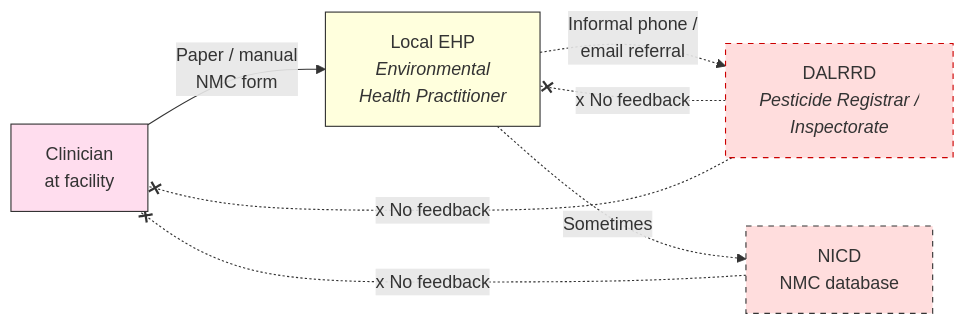
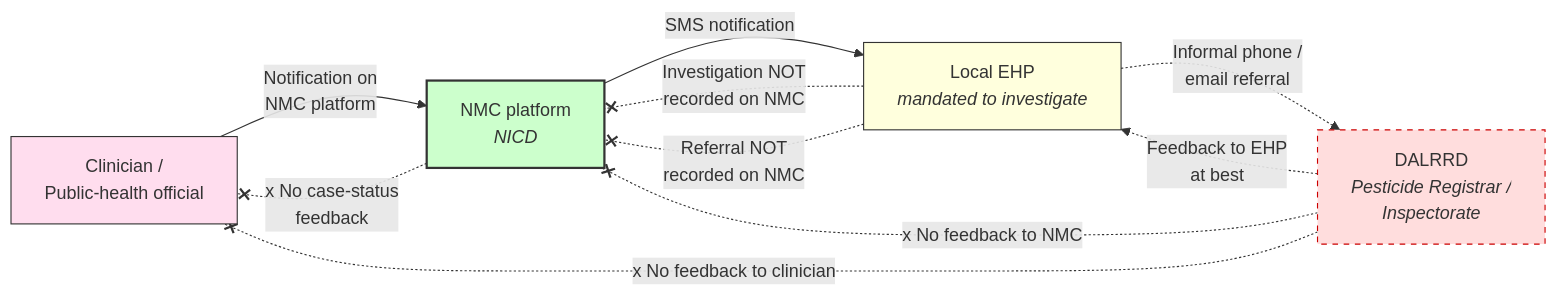
One commit to bridaybrummer/D2P_project changed the first of 4 diagrams in posts/policy_brief.qmd. Above: the diagram before and after it, drawn with Mermaid. The commit also changed other lines of this file and 8 other files, not shown here.

Commit message:
Policy brief: status-quo flow - notification originates on NMC, SMS to EHP, EHP investigation not recorded

````diff
--- a/posts/policy_brief.qmd
+++ b/posts/policy_brief.qmd
@@ -65,17 +65,20 @@
 ```{mermaid}
 %%| label: fig-status-quo-flow
-%%| fig-cap: "Current notification pathway. The NMC notification reaches the local Environmental Health Practitioner (EHP), who may informally refer to DALRRD — but there is no structured feed, no feedback loop, and no closing-of-the-loop back to the clinician, NICD, or the laboratory."
+%%| fig-cap: "Current notification pathway. Clinicians and public-health officials notify on the NMC platform; NMC sends an SMS to the local EHP, who is mandated to investigate but does not record the investigation back on NMC. The EHP may informally refer to DALRRD, but this is not captured on NMC and DALRRD's action (if any) is not fed back to NMC or the clinician."
 flowchart LR
-    A[Clinician<br/>at facility] -->|Paper / manual<br/>NMC form| B[Local EHP<br/><i>Environmental<br/>Health Practitioner</i>]
+    A[Clinician /<br/>Public-health official] -->|Notification on<br/>NMC platform| D[NMC platform<br/><i>NICD</i>]
+    D -->|SMS notification| B[Local EHP<br/><i>mandated to investigate</i>]
+    B -.Investigation NOT<br/>recorded on NMC.-x D
     B -.Informal phone /<br/>email referral.-> C[DALRRD<br/><i>Pesticide Registrar /<br/>Inspectorate</i>]
-    B -.Sometimes.-> D[NICD<br/>NMC database]
+    B -.Referral NOT<br/>recorded on NMC.-x D
 
-    C -.x No feedback.-x B
-    C -.x No feedback.-x A
-    D -.x No feedback.-x A
+    C -.Feedback to EHP<br/>at best.-> B
+    C -.x No feedback to NMC.-x D
+    C -.x No feedback to clinician.-x A
+    D -.x No case-status<br/>feedback.-x A
 
     style A fill:#fde,stroke:#333
     style B fill:#ffd,stroke:#333
     style C fill:#fdd,stroke:#cc0000,stroke-dasharray: 5 5
-    style D fill:#fdd,stroke:#333,stroke-dasharray: 5 5
+    style D fill:#cfc,stroke:#333,stroke-width:2px
 ```
````
